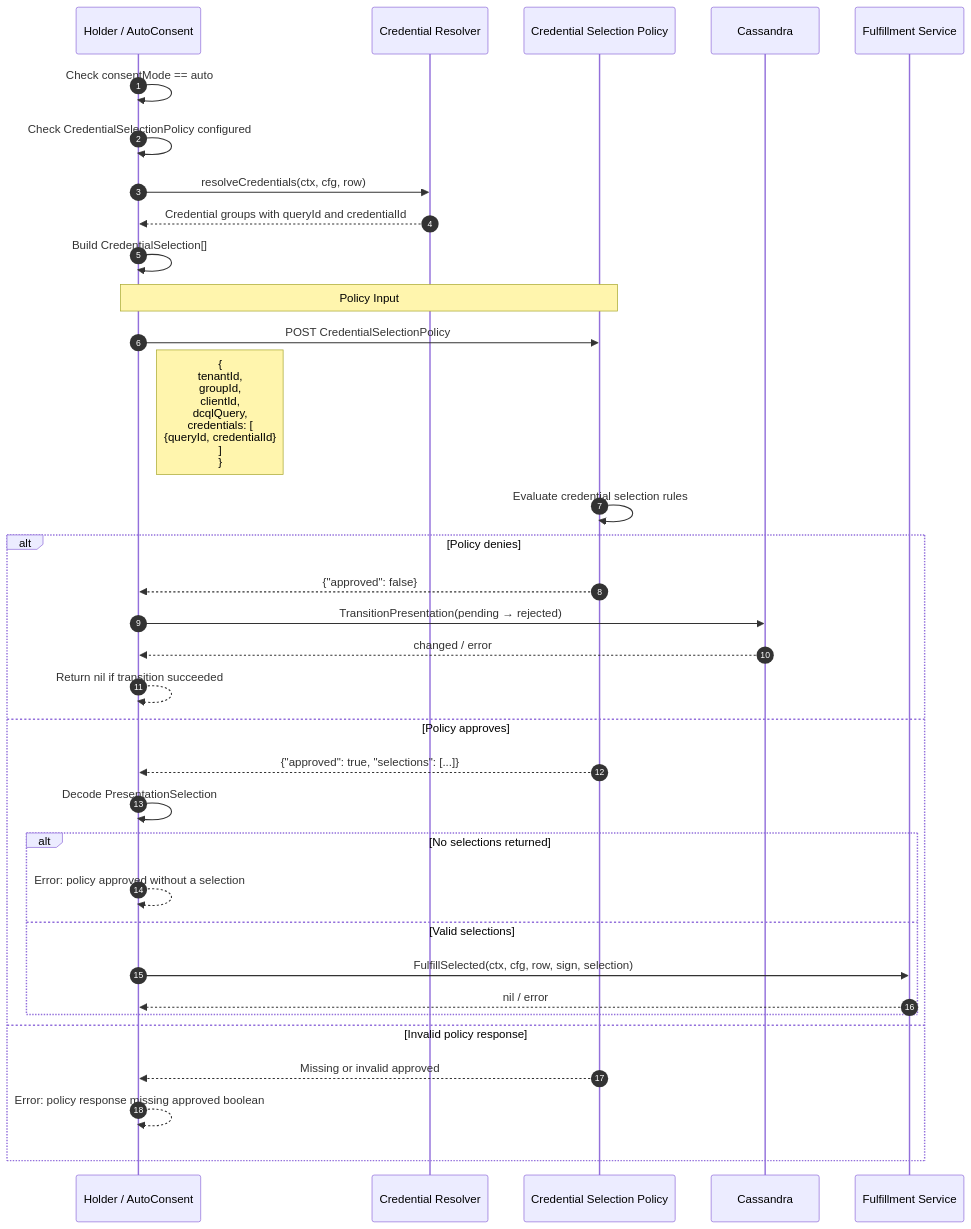
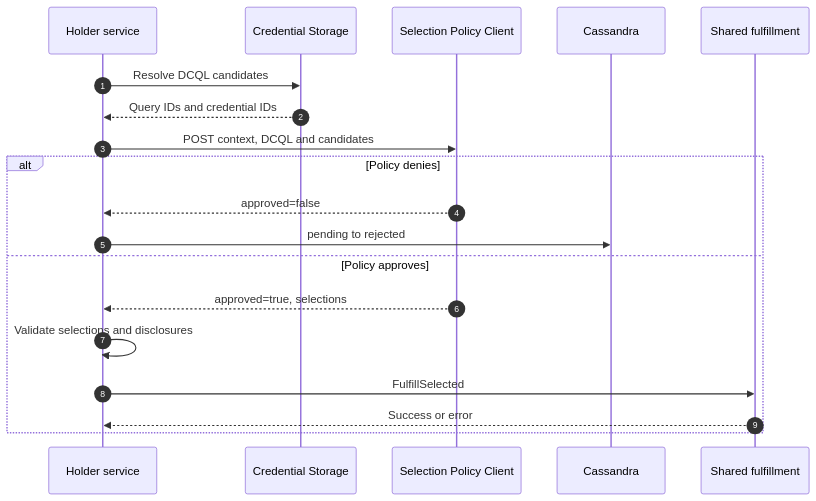
The fifth of 6 diagrams in README.md (eclipse-xfsc/oid4-vci-credential-verification-service), drawn with Mermaid before and after one commit. The commit also changed other lines of this file, not shown here.

````diff
--- a/README.md
+++ b/README.md
@@ -897,48 +168,21 @@
 ```mermaid
 sequenceDiagram
     autonumber
-
-    participant H as Holder / AutoConsent
-    participant C as Credential Resolver
-    participant P as Credential Selection Policy
+    participant Holder as Holder service
+    participant Storage as Credential Storage
+    participant Policy as Selection Policy Client
     participant DB as Cassandra
-    participant F as Fulfillment Service
-
-    H->>H: Check consentMode == auto
-    H->>H: Check CredentialSelectionPolicy configured
-
-    H->>C: resolveCredentials(ctx, cfg, row)
-    C-->>H: Credential groups with queryId and credentialId
-
-    H->>H: Build CredentialSelection[]
-
-    Note over H,P: Policy Input
-
-    H->>P: POST CredentialSelectionPolicy
-    Note right of H: {<br/>tenantId,<br/>groupId,<br/>clientId,<br/>dcqlQuery,<br/>credentials: [<br/>  {queryId, credentialId}<br/>]<br/>}
-
-    P->>P: Evaluate credential selection rules
-
+    participant Fulfill as Shared fulfillment
+    Holder->>Storage: Resolve DCQL candidates
+    Storage-->>Holder: Query IDs and credential IDs
+    Holder->>Policy: POST context, DCQL and candidates
     alt Policy denies
-        P-->>H: {"approved": false}
-        H->>DB: TransitionPresentation(pending → rejected)
-        DB-->>H: changed / error
-        H-->>H: Return nil if transition succeeded
-
+        Policy-->>Holder: approved=false
+        Holder->>DB: pending to rejected
     else Policy approves
-        P-->>H: {"approved": true, "selections": [...]}
-
-        H->>H: Decode PresentationSelection
-
-        alt No selections returned
-            H-->>H: Error: policy approved without a selection
-        else Valid selections
-            H->>F: FulfillSelected(ctx, cfg, row, sign, selection)
-            F-->>H: nil / error
-        end
-
-    else Invalid policy response
-        P-->>H: Missing or invalid approved
-        H-->>H: Error: policy response missing approved boolean
+        Policy-->>Holder: approved=true, selections
+        Holder->>Holder: Validate selections and disclosures
+        Holder->>Fulfill: FulfillSelected
+        Fulfill-->>Holder: Success or error
     end
 ```
````
